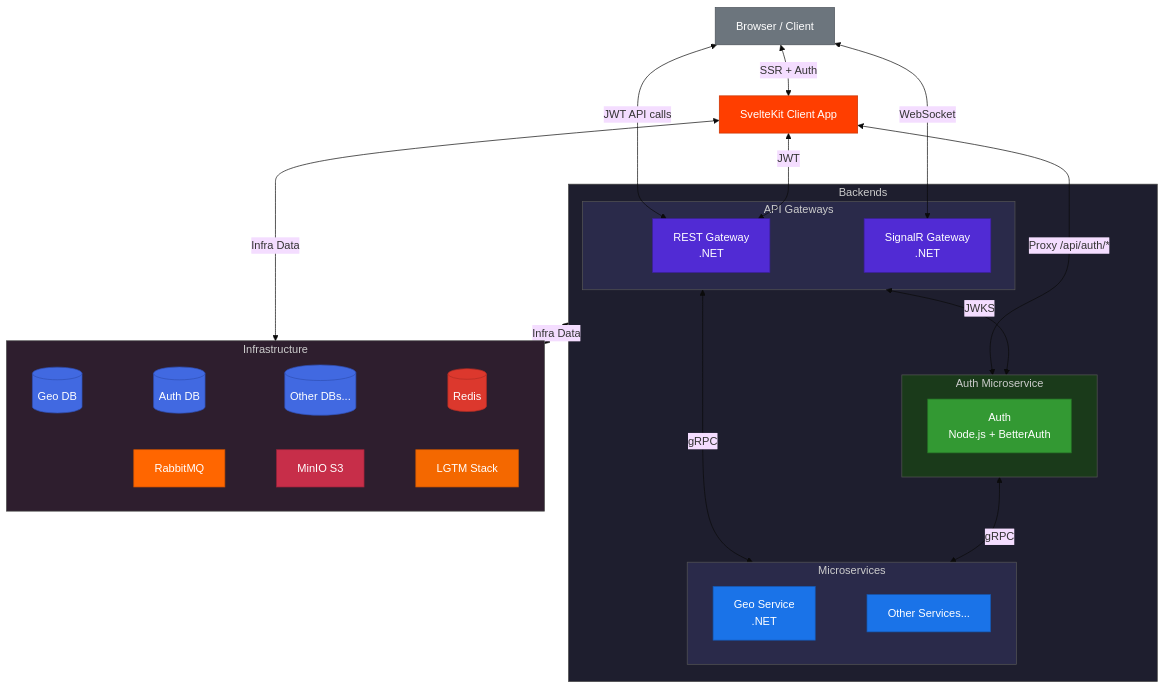
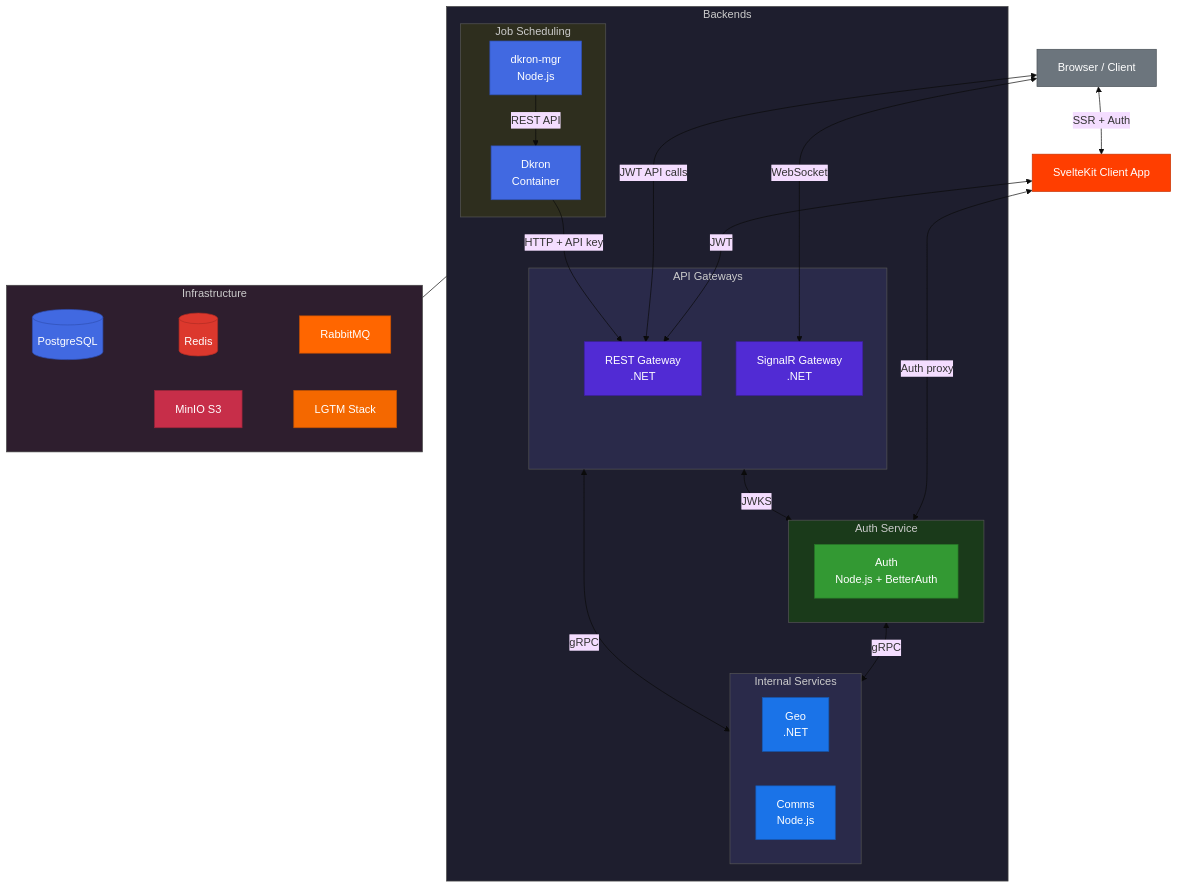
The diagram in README.md (DCSV-io/D2-WORX), drawn with Mermaid (base theme) before and after one commit. The commit also changed other lines of this file and 219 other files, not shown here.

````diff
--- a/README.md
+++ b/README.md
@@ -120,74 +121,80 @@
 ```mermaid
 graph TB
     BROWSER[Browser / Client]
 
     SK[SvelteKit Client App]
 
     subgraph Backends
         subgraph Gateways["API Gateways"]
             REST[REST Gateway<br/>.NET]
             SR[SignalR Gateway<br/>.NET]
         end
 
-        subgraph AuthSvc["Auth Microservice"]
+        subgraph AuthSvc["Auth Service"]
             AUTH[Auth<br/>Node.js + BetterAuth]
         end
 
-        subgraph Services["Microservices"]
-            GEO[Geo Service<br/>.NET] ~~~ OTHER[Other Services...]
+        subgraph Services["Internal Services"]
+            GEO[Geo<br/>.NET]
+            COMMS[Comms<br/>Node.js]
         end
+
+        subgraph Jobs["Job Scheduling"]
+            DKRON[Dkron<br/>Container]
+            DKRONMGR[dkron-mgr<br/>Node.js]
+        end
+
+        Gateways <-->|gRPC| Services
+        Gateways <-->|JWKS| AuthSvc
+        AuthSvc <-->|gRPC| Services
+        DKRONMGR -->|REST API| DKRON
+        DKRON -->|HTTP + API key| REST
     end
 
     subgraph Infra["Infrastructure"]
-        GEODB[(Geo DB)] ~~~ AUTHDB[(Auth DB)] ~~~ OTHERDB[(Other DBs...)] ~~~ REDIS[(Redis)]
-        RMQ[RabbitMQ] ~~~ MINIO[MinIO S3] ~~~ LGTM[LGTM Stack]
+        PG[(PostgreSQL)] ~~~ REDIS[(Redis)] ~~~ RMQ[RabbitMQ]
+        MINIO[MinIO S3] ~~~ LGTM[LGTM Stack]
     end
 
-    %% Browser paths
+    %% External connections
     BROWSER <-->|SSR + Auth| SK
     BROWSER <-->|JWT API calls| REST
     BROWSER <-->|WebSocket| SR
+    SK <-->|JWT| REST
+    SK <-->|Auth proxy| AuthSvc
 
-    %% SvelteKit to backends
-    SK <-->|JWT| REST
-    SK <-->|Proxy /api/auth/*| AuthSvc
-
-    %% Internal backend routing
-    Gateways <-->|gRPC| Services
-    Gateways <-->|JWKS| AuthSvc
-    AuthSvc <-->|gRPC| Services
-
-    %% Infrastructure data
-    SK <-->|Infra Data| Infra
-    Backends <-->|Infra Data| Infra
+    %% Infra connection
+    Backends --- Infra
 
     %% Node colors
     classDef browser fill:#6c757d,stroke:#495057,color:#fff
     classDef svelte fill:#FF3E00,stroke:#c73100,color:#fff
     classDef gateway fill:#512BD4,stroke:#3d1f9e,color:#fff
-    classDef nodejs fill:#339933,stroke:#267326,color:#fff
+    classDef auth fill:#339933,stroke:#267326,color:#fff
     classDef service fill:#1a73e8,stroke:#1557b0,color:#fff
-    classDef postgres fill:#4169E1,stroke:#2f4fb3,color:#fff
+    classDef infra fill:#4169E1,stroke:#2f4fb3,color:#fff
     classDef redis fill:#DC382D,stroke:#b02d24,color:#fff
     classDef rabbitmq fill:#FF6600,stroke:#cc5200,color:#fff
     classDef minio fill:#C72E49,stroke:#9e243a,color:#fff
     classDef grafana fill:#F46800,stroke:#c35300,color:#fff
 
     class BROWSER browser
     class SK svelte
     class REST,SR gateway
-    class AUTH nodejs
-    class GEO,OTHER service
-    class GEODB,AUTHDB,OTHERDB postgres
+    class AUTH auth
+    class GEO,COMMS service
+    class DKRON,DKRONMGR infra
+    class PG infra
     class REDIS redis
     class RMQ rabbitmq
     class MINIO minio
     class LGTM grafana
 
     %% Subgraph colors
     style Backends fill:#1e1e2e,stroke:#444,color:#ccc
     style Gateways fill:#2a2a4a,stroke:#555,color:#ccc
     style AuthSvc fill:#1a3a1a,stroke:#555,color:#ccc
     style Services fill:#2a2a4a,stroke:#555,color:#ccc
+    style Jobs fill:#2e2e1e,stroke:#555,color:#ccc
     style Infra fill:#2e1e2e,stroke:#444,color:#ccc
 ```
````
